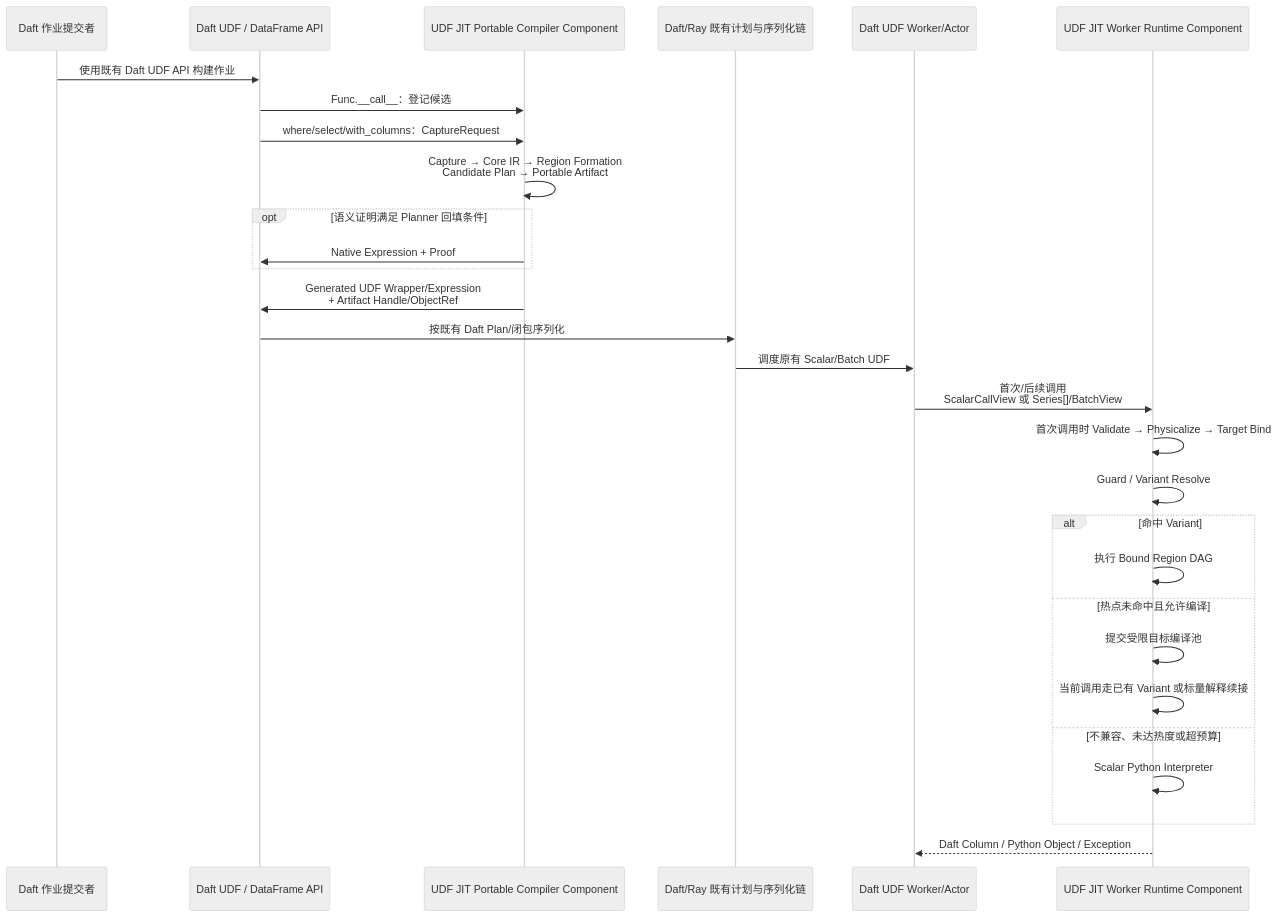
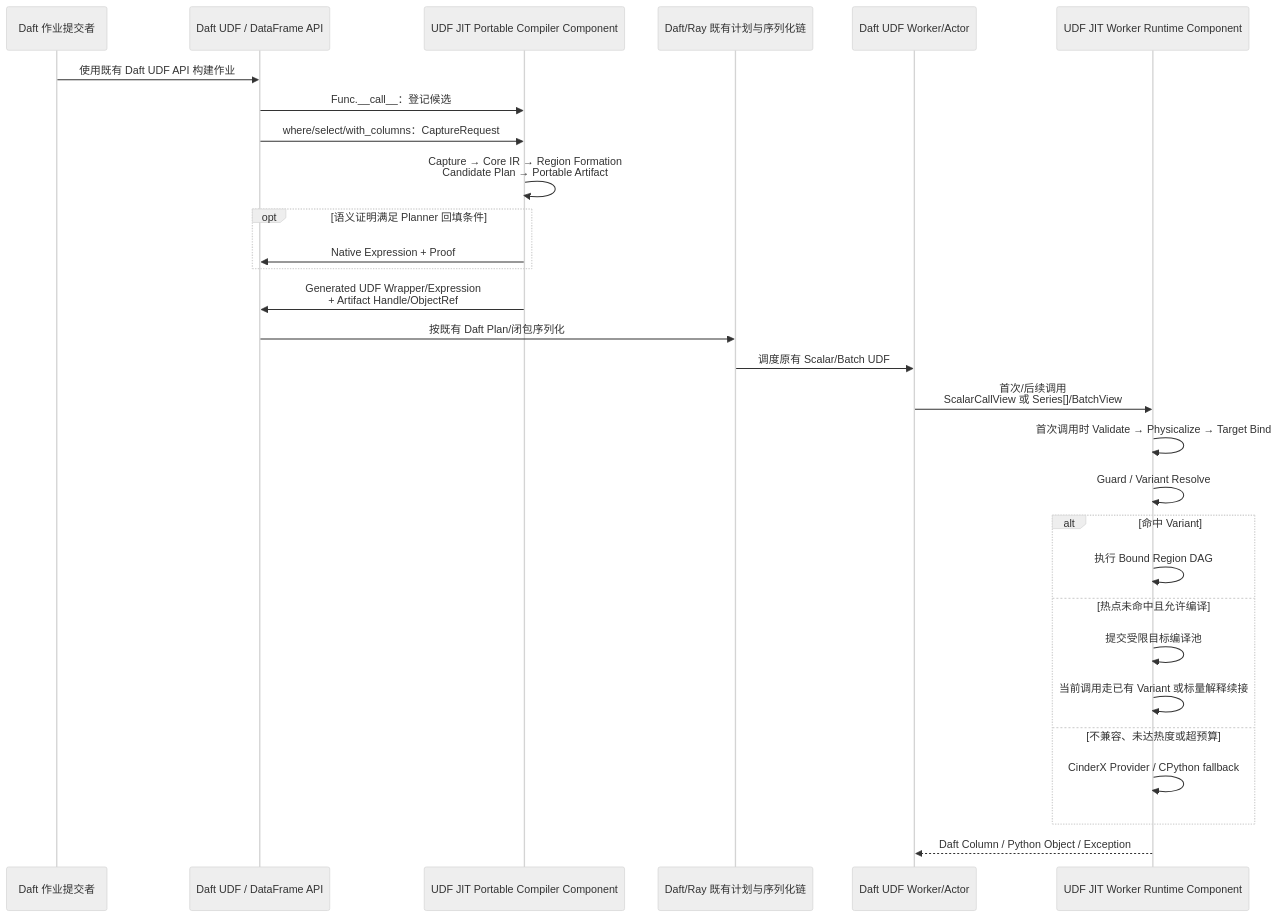
Before and after one commit to 213start/python-udf-jit: diagram 12 of 17 in docs/design/2026-07-13-python-udf-jit-architecture.md, drawn with Mermaid (neutral theme). The commit also changed other lines of this file and 1 other file, not shown here.

First line of the commit message:
docs(architecture): define multi-provider ownership boundaries

````diff
--- a/docs/design/2026-07-13-python-udf-jit-architecture.md
+++ b/docs/design/2026-07-13-python-udf-jit-architecture.md
@@ -1332,32 +1351,32 @@
 ```mermaid
 sequenceDiagram
     participant User as Daft 作业提交者
     participant API as Daft UDF / DataFrame API
     participant DriverJIT as UDF JIT Portable Compiler Component
     participant DaftRay as Daft/Ray 既有计划与序列化链
     participant Worker as Daft UDF Worker/Actor
     participant WorkerJIT as UDF JIT Worker Runtime Component
 
     User->>API: 使用既有 Daft UDF API 构建作业
     API->>DriverJIT: Func.__call__：登记候选
     API->>DriverJIT: where/select/with_columns：CaptureRequest
     DriverJIT->>DriverJIT: Capture → Core IR → Region Formation<br/>Candidate Plan → Portable Artifact
     opt 语义证明满足 Planner 回填条件
         DriverJIT->>API: Native Expression + Proof
     end
     DriverJIT->>API: Generated UDF Wrapper/Expression<br/>+ Artifact Handle/ObjectRef
     API->>DaftRay: 按既有 Daft Plan/闭包序列化
     DaftRay->>Worker: 调度原有 Scalar/Batch UDF
     Worker->>WorkerJIT: 首次/后续调用<br/>ScalarCallView 或 Series[]/BatchView
     WorkerJIT->>WorkerJIT: 首次调用时 Validate → Physicalize → Target Bind
     WorkerJIT->>WorkerJIT: Guard / Variant Resolve
     alt 命中 Variant
         WorkerJIT->>WorkerJIT: 执行 Bound Region DAG
     else 热点未命中且允许编译
         WorkerJIT->>WorkerJIT: 提交受限目标编译池
         WorkerJIT->>WorkerJIT: 当前调用走已有 Variant 或标量解释续接
     else 不兼容、未达热度或超预算
-        WorkerJIT->>WorkerJIT: Scalar Python Interpreter
+        WorkerJIT->>WorkerJIT: CinderX Provider / CPython fallback
     end
     WorkerJIT-->>Worker: Daft Column / Python Object / Exception
 ```
````
